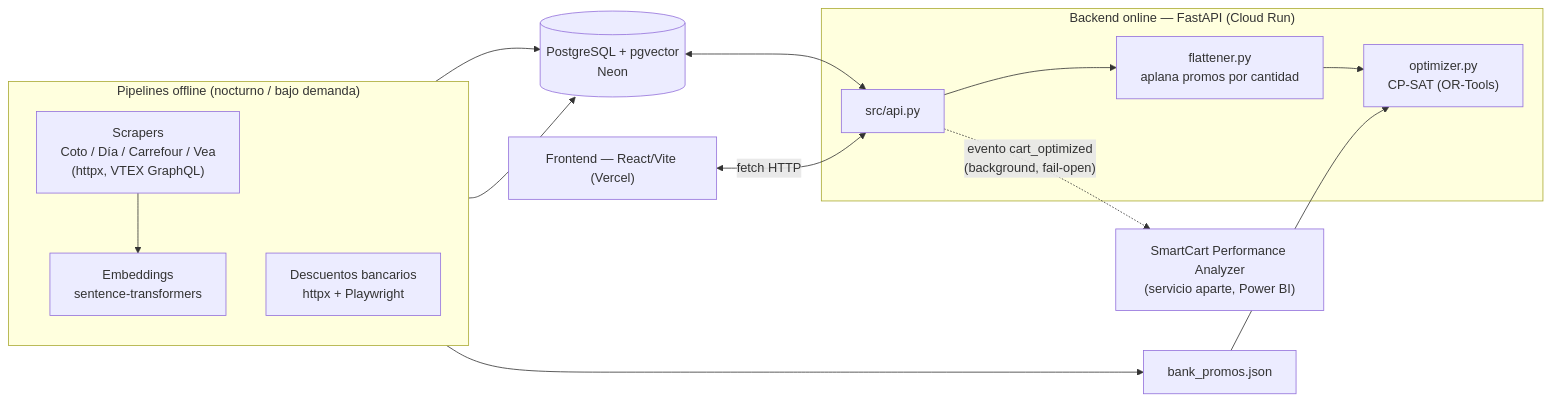
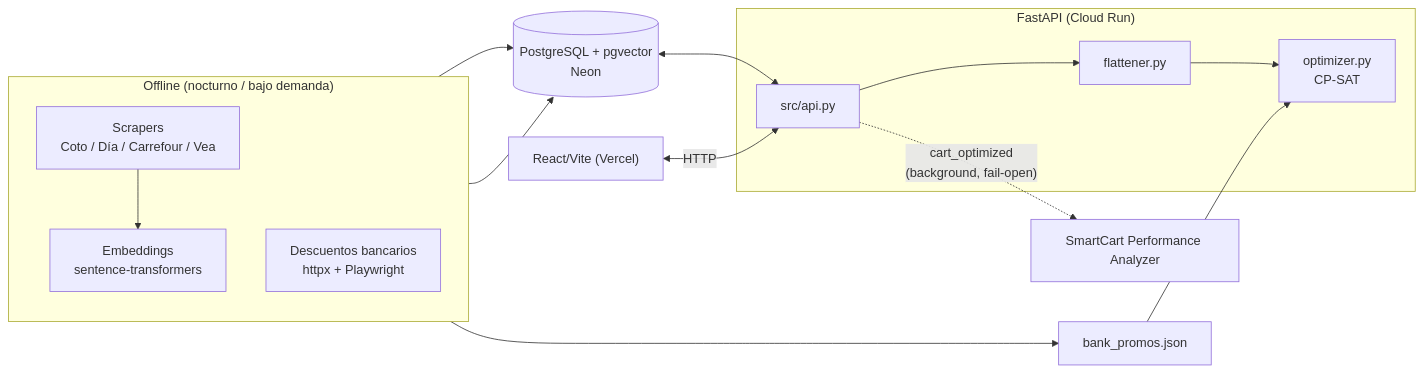
The diagram in docs/arquitectura.md (aviollaz/SmartCart), drawn with Mermaid before and after one commit. The commit also changed other lines of this file and 2 other files, not shown here.

First line of the commit message:
docs: reescribir README, arquitectura y operación, concisos y al día

````diff
--- a/docs/arquitectura.md
+++ b/docs/arquitectura.md
@@ -48,31 +25,31 @@
 ```mermaid
 flowchart LR
-    subgraph Offline["Pipelines offline (nocturno / bajo demanda)"]
+    subgraph Offline["Offline (nocturno / bajo demanda)"]
         direction TB
-        SCR["Scrapers\nCoto / Día / Carrefour / Vea\n(httpx, VTEX GraphQL)"]
+        SCR["Scrapers\nCoto / Día / Carrefour / Vea"]
         EMB["Embeddings\nsentence-transformers"]
         BANK["Descuentos bancarios\nhttpx + Playwright"]
         SCR --> EMB
     end
 
     DB[(PostgreSQL + pgvector\nNeon)]
     SCR --> DB
     EMB --> DB
     BANK --> JSON["bank_promos.json"]
 
-    subgraph Backend["Backend online — FastAPI (Cloud Run)"]
+    subgraph Backend["FastAPI (Cloud Run)"]
         API["src/api.py"]
-        FLAT["flattener.py\naplana promos por cantidad"]
-        OPT["optimizer.py\nCP-SAT (OR-Tools)"]
+        FLAT["flattener.py"]
+        OPT["optimizer.py\nCP-SAT"]
         API --> FLAT --> OPT
     end
 
     DB <--> API
     JSON --> OPT
 
-    FE["Frontend — React/Vite (Vercel)"]
-    FE <-- "fetch HTTP" --> API
+    FE["React/Vite (Vercel)"]
+    FE <-- "HTTP" --> API
 
-    ANALYTICS["SmartCart Performance Analyzer\n(servicio aparte, Power BI)"]
-    API -. "evento cart_optimized\n(background, fail-open)" .-> ANALYTICS
+    ANALYTICS["SmartCart Performance Analyzer"]
+    API -. "cart_optimized\n(background, fail-open)" .-> ANALYTICS
 ```
````
